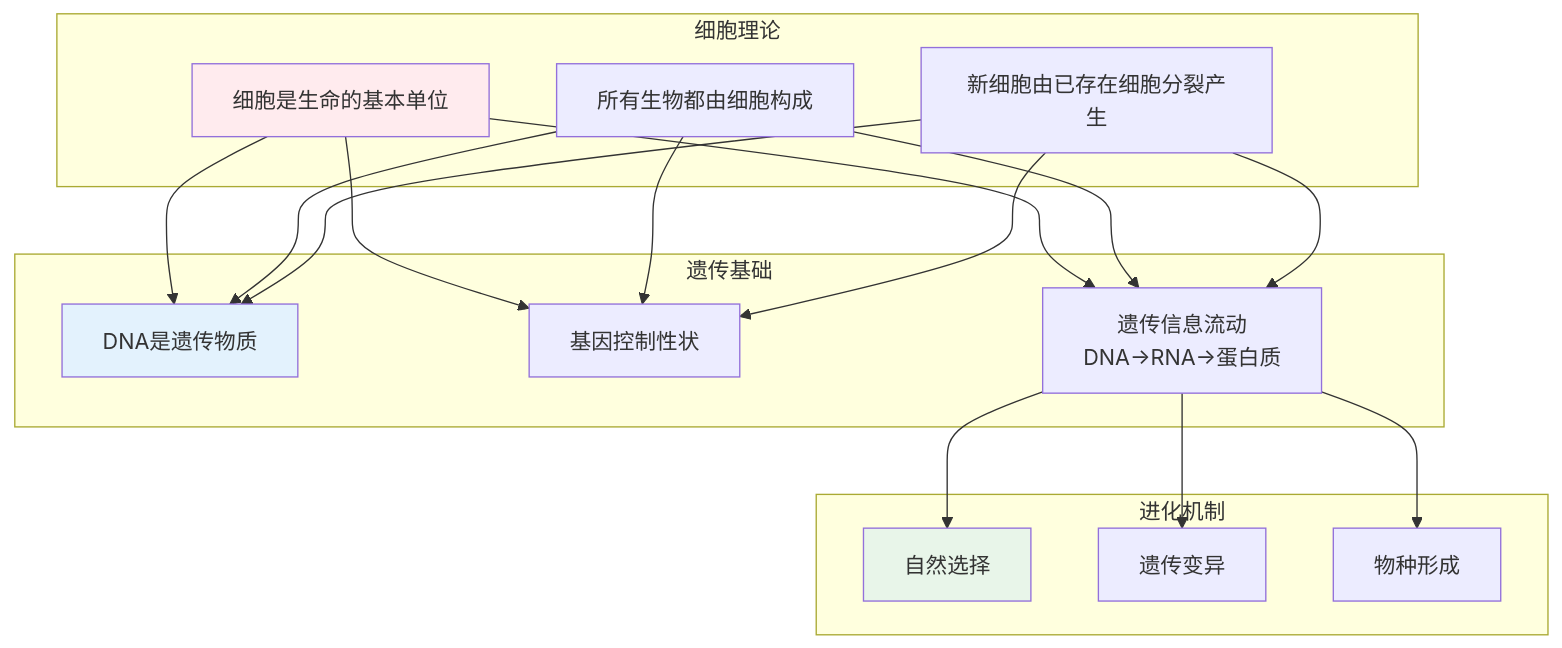
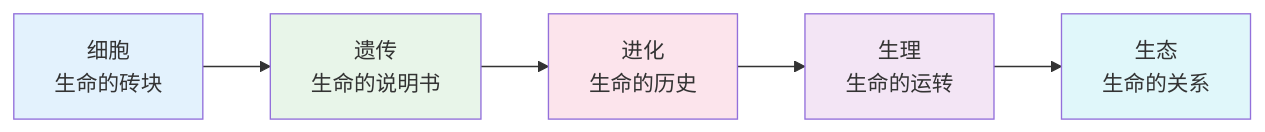
The first of 11 diagrams in content/natural-sciences/biology/index.md (wxyClark/wxyClark.github.io), drawn with Mermaid before and after one commit. The commit also changed other lines of this file and 11 other files, not shown here.

````diff
--- a/content/natural-sciences/biology/index.md
+++ b/content/natural-sciences/biology/index.md
@@ -14,27 +23,16 @@
 ```mermaid
-graph TB
-    subgraph 细胞理论
-        C1[细胞是生命的基本单位]
-        C2[所有生物都由细胞构成]
-        C3[新细胞由已存在细胞分裂产生]
-    end
+flowchart LR
+    P1[细胞<br/>生命的砖块] 
+    P2[遗传<br/>生命的说明书] 
+    P3[进化<br/>生命的历史] 
+    P4[生理<br/>生命的运转] 
+    P5[生态<br/>生命的关系] 
     
-    subgraph 遗传基础
-        G1[DNA是遗传物质]
-        G2[基因控制性状]
-        G3[遗传信息流动<br/>DNA→RNA→蛋白质]
-    end
+    P1 --> P2 --> P3 --> P4 --> P5
     
-    subgraph 进化机制
-        E1[自然选择]
-        E2[遗传变异]
-        E3[物种形成]
-    end
-    
-    C1 & C2 & C3 --> G1 & G2 & G3
-    G3 --> E1 & E2 & E3
-    
-    style C1 fill:#ffebee
-    style G1 fill:#e3f2fd
-    style E1 fill:#e8f5e9
+    style P1 fill:#e3f2fd
+    style P2 fill:#e8f5e9
+    style P3 fill:#fce4ec
+    style P4 fill:#f3e5f5
+    style P5 fill:#e0f7fa
 ```
````
